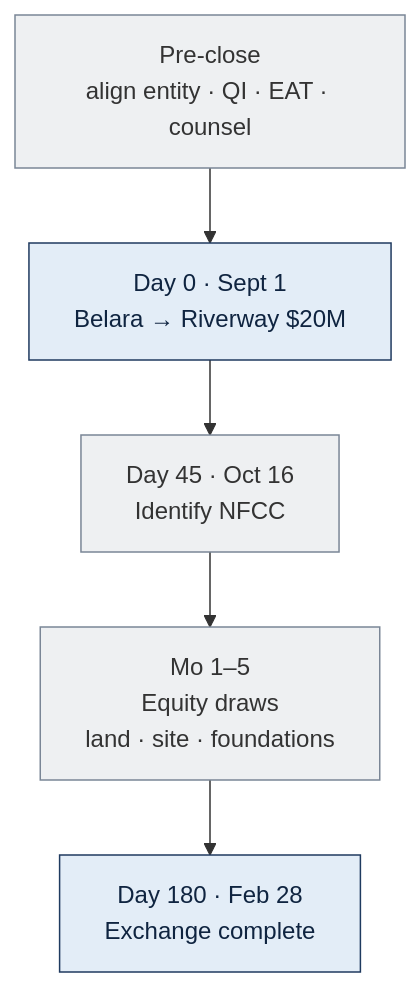
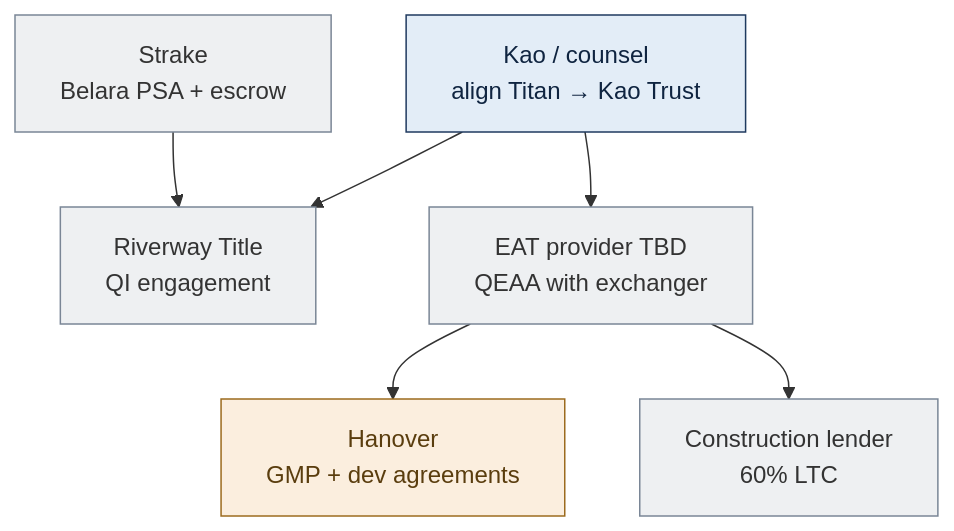
Before and after one commit to EthanCow/North-Forsyth-1031-Diagrams: diagram 11 of 14 in North_Forsyth_1031_Diagrams.md, drawn with Mermaid. The commit also changed other lines of this file and 4 other files, not shown here.

Commit message:
Add party-by-party step diagrams and Sept 15 timeline.

````diff
--- a/North_Forsyth_1031_Diagrams.md
+++ b/North_Forsyth_1031_Diagrams.md
@@ -236,11 +497,17 @@
 ```mermaid
 flowchart TB
-  P1["Pre-close\nalign entity · QI · EAT · counsel"]:::neutral
-  P2["Day 0 · Sept 1\nBelara → Riverway $20M"]:::kao
-  P3["Day 45 · Oct 16\nIdentify NFCC"]:::neutral
-  P4["Mo 1–5\nEquity draws\nland · site · foundations"]:::neutral
-  P5["Day 180 · Feb 28\nExchange complete"]:::kao
-  P1 --> P2 --> P3 --> P4 --> P5
+  K["Kao / counsel\nalign Titan → Kao Trust"]:::kao
+  QI["Riverway Title\nQI engagement"]:::neutral
+  EAT["EAT provider TBD\nQEAA with exchanger"]:::neutral
+  H["Hanover\nGMP + dev agreements"]:::han
+  LN["Construction lender\n60% LTC"]:::neutral
+  ST["Strake\nBelara PSA + escrow"]:::neutral
+  K --> QI
+  K --> EAT
+  EAT --> H
+  EAT --> LN
+  ST --> QI
   classDef kao fill:#e3edf7,stroke:#1f3a5f,color:#0f2440;
+  classDef han fill:#fbeede,stroke:#9c6b1e,color:#5a3d0e;
   classDef neutral fill:#eef0f2,stroke:#7a8696,color:#333;
 ```
````
